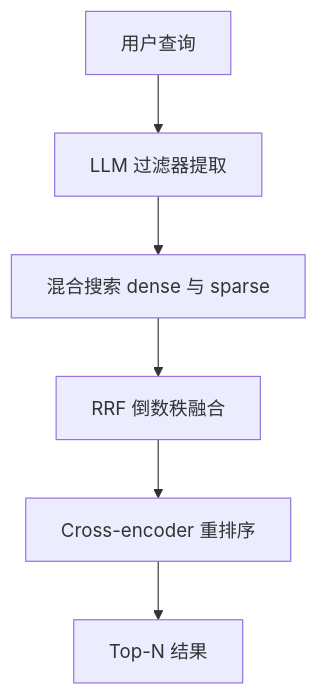
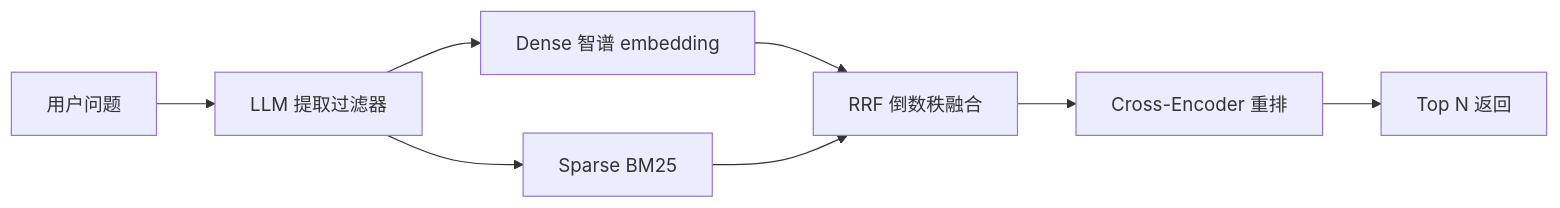
Before and after one commit to asfhkkkvh/agent: the fourth of 16 diagrams in docs/omnirag_learning_doc.md, drawn with Mermaid. The commit also changed other lines of this file and 23 other files, not shown here.

First line of the commit message:
feat: LLM 迁移智谱 GLM + 移除知识图谱 + RAGAS 改轻量评估

````diff
--- a/docs/omnirag_learning_doc.md
+++ b/docs/omnirag_learning_doc.md
@@ -277,8 +335,10 @@
 ```mermaid
-flowchart TB
-    Q[用户查询] --> F[LLM 过滤器提取]
-    F --> H[混合搜索 dense 与 sparse]
-    H --> R[RRF 倒数秩融合]
-    R --> C[Cross-encoder 重排序]
-    C --> K[Top-N 结果]
+flowchart LR
+    Q[用户问题] --> F[LLM 提取过滤器]
+    F --> D[Dense 智谱 embedding]
+    F --> S[Sparse BM25]
+    D --> RRF[RRF 倒数秩融合]
+    S --> RRF
+    RRF --> RE[Cross-Encoder 重排]
+    RE --> TOP[Top N 返回]
 ```
````
